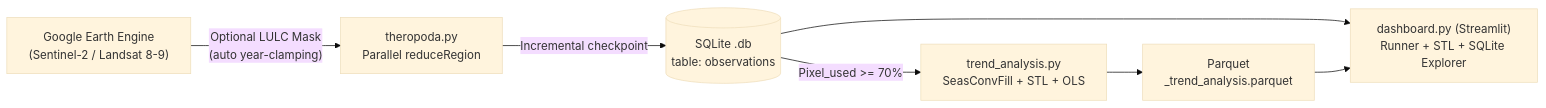
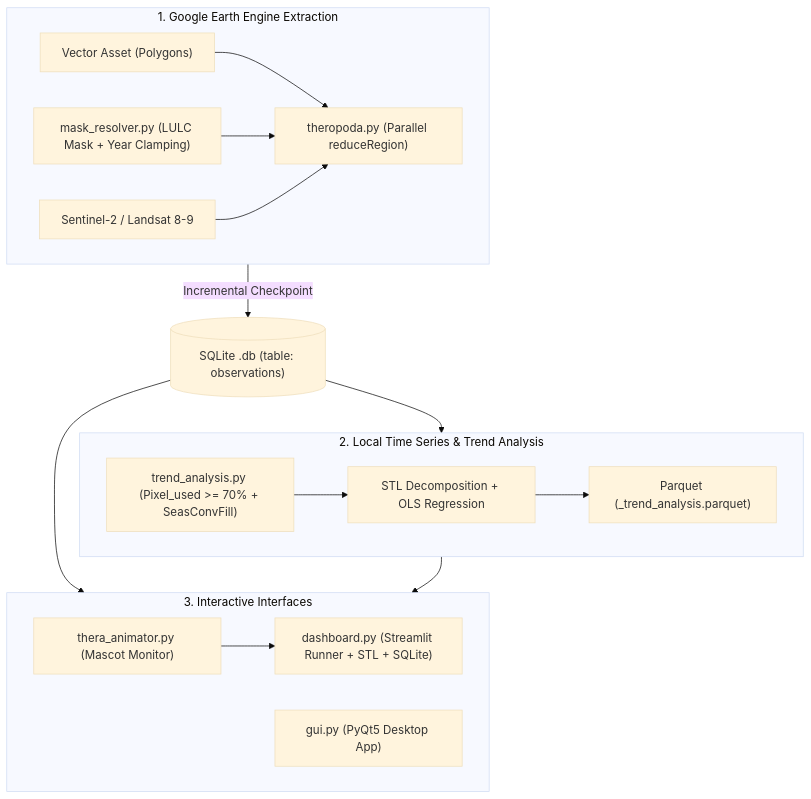
One commit to lapig-ufg/TheroPoDa changed the diagram in README.md. Above: the diagram before and after it, drawn with Mermaid (base theme).

Commit message:
docs: improve Architecture & Data Flow Mermaid diagram layout

````diff
--- a/README.md
+++ b/README.md
@@ -16,9 +16,30 @@
 ```mermaid
-flowchart LR
-    EE["Google Earth Engine<br/>(Sentinel-2 / Landsat 8-9)"] -->|"Optional LULC Mask<br/>(auto year-clamping)"| EXT["theropoda.py<br/>Parallel reduceRegion"]
-    EXT -->|"Incremental checkpoint"| DB[("SQLite .db<br/>table: observations")]
-    DB -->|"Pixel_used >= 70%"| TR["trend_analysis.py<br/>SeasConvFill + STL + OLS"]
-    TR --> PQ["Parquet<br/>_trend_analysis.parquet"]
-    DB --> UI["dashboard.py (Streamlit)<br/>Runner + STL + SQLite Explorer"]
-    PQ --> UI
+flowchart TD
+    subgraph GEE["1. Google Earth Engine Extraction"]
+        direction LR
+        ASSET["Vector Asset (Polygons)"] --> EXTR["theropoda.py (Parallel reduceRegion)"]
+        MASK["mask_resolver.py (LULC Mask + Year Clamping)"] --> EXTR
+        SAT["Sentinel-2 / Landsat 8-9"] --> EXTR
+    end
+
+    EXTR -->|"Incremental Checkpoint"| DB[("SQLite .db (table: observations)")]
+
+    subgraph LOCAL["2. Local Time Series & Trend Analysis"]
+        direction LR
+        GF["trend_analysis.py (Pixel_used >= 70% + SeasConvFill)"] --> STL["STL Decomposition + OLS Regression"]
+        STL --> PQ["Parquet (_trend_analysis.parquet)"]
+    end
+
+    DB --> GF
+
+    subgraph UI["3. Interactive Interfaces"]
+        direction LR
+        DASH["dashboard.py (Streamlit Runner + STL + SQLite)"]
+        GUI["gui.py (PyQt5 Desktop App)"]
+        THERA["thera_animator.py (Mascot Monitor)"]
+        THERA --> DASH
+    end
+
+    DB --> DASH
+    PQ --> DASH
 ```
````
